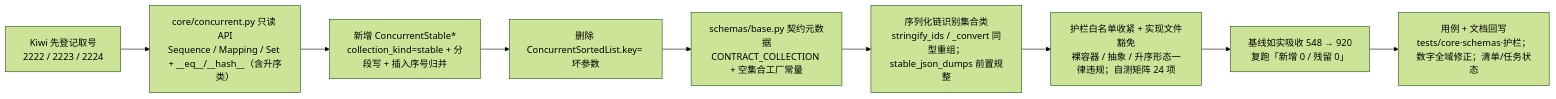
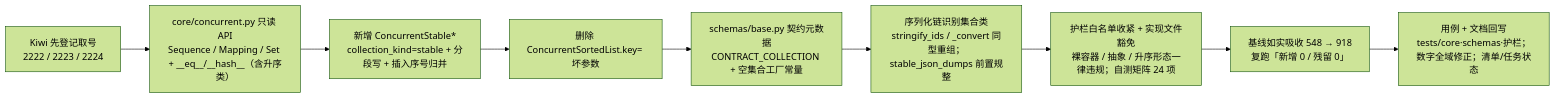
Before and after one commit to minjian123/basic-management-system: the diagram in bms文档/项目/06_认证与安全/任务/08_裸无序集合治理/08_裸无序集合治理_02_bms_core存量整改/实施/01_实施_02_bms_core存量整改.md, drawn with Mermaid (forest theme). The commit also changed other lines of this file and 10 other files, not shown here.

````diff
--- a/bms文档/项目/06_认证与安全/任务/08_裸无序集合治理/08_裸无序集合治理_02_bms_core存量整改/实施/01_实施_02_bms_core存量整改.md
+++ b/bms文档/项目/06_认证与安全/任务/08_裸无序集合治理/08_裸无序集合治理_02_bms_core存量整改/实施/01_实施_02_bms_core存量整改.md
@@ -22,11 +22,11 @@
 ```mermaid
 flowchart LR
     A["Kiwi 先登记取号<br/>2222 / 2223 / 2224"] --> B["core/concurrent.py 只读 API<br/>Sequence / Mapping / Set + __eq__/__hash__（含升序类）"]
     B --> C["新增 ConcurrentStable*<br/>collection_kind=stable + 分段写 + 插入序号归并"]
     C --> D["删除 ConcurrentSortedList.key= 坏参数"]
     D --> E["schemas/base.py 契约元数据<br/>CONTRACT_COLLECTION + 空集合工厂常量"]
     E --> F["序列化链识别集合类<br/>stringify_ids / _convert 同型重组；stable_json_dumps 前置规整"]
     F --> G["护栏白名单收紧 + 实现文件豁免<br/>裸容器 / 抽象 / 升序形态一律违规；自测矩阵 24 项"]
-    G --> H["基线如实吸收 548 → 920<br/>复跑「新增 0 / 残留 0」"]
+    G --> H["基线如实吸收 548 → 918<br/>复跑「新增 0 / 残留 0」"]
     H --> I["用例 + 文档回写<br/>tests/core·schemas·护栏；数字全域修正；清单/任务状态"]
 ```
````
